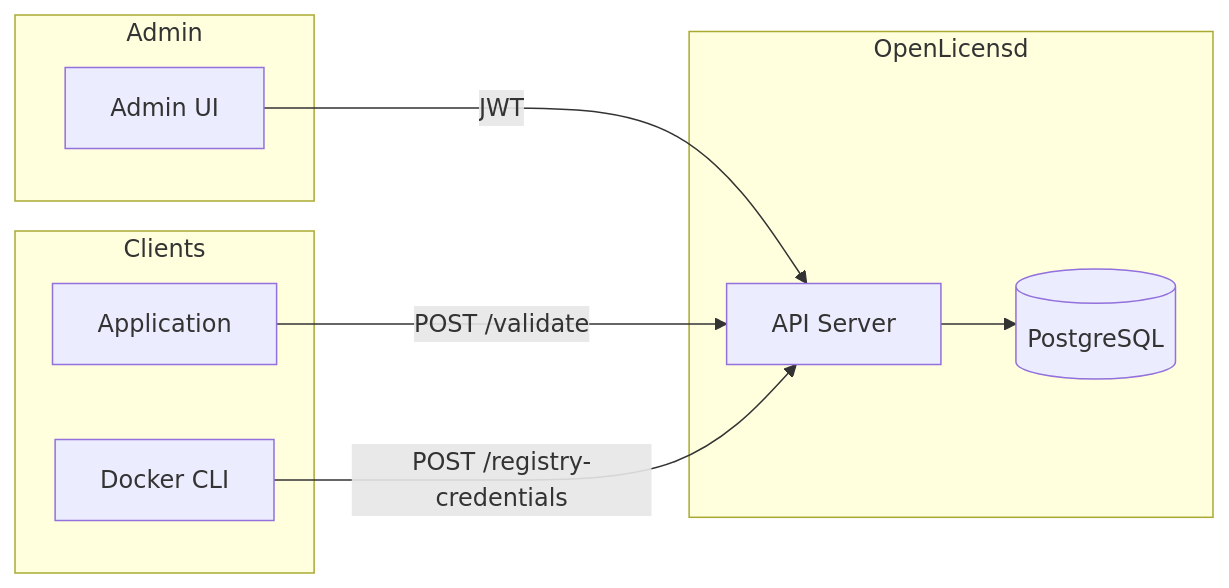
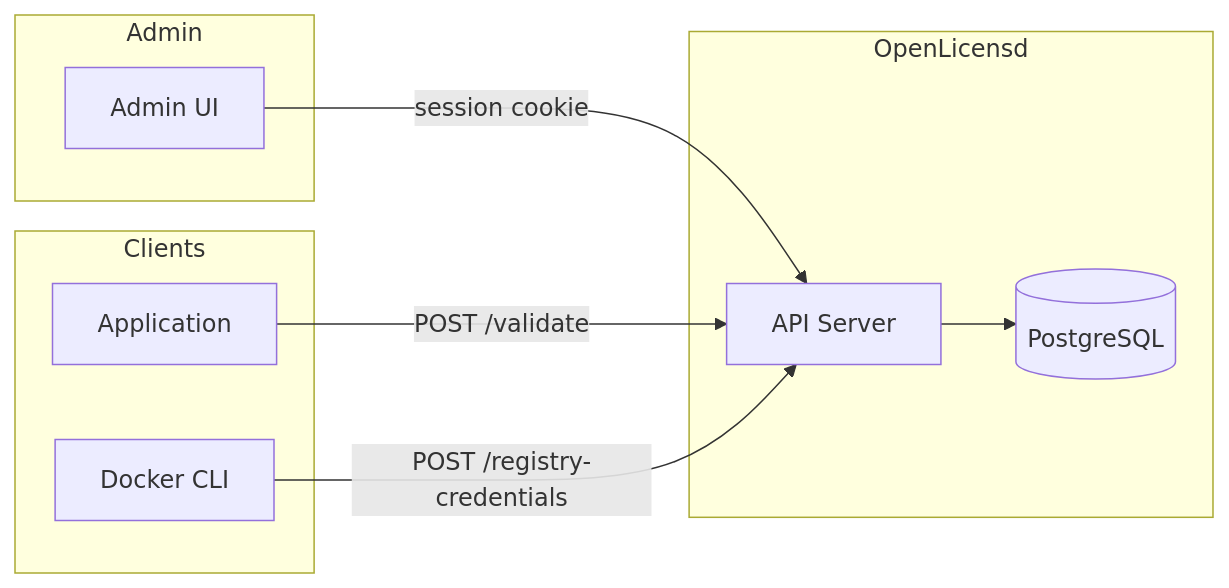
The diagram in README.md (alvarorg14/openlicensd), drawn with Mermaid before and after one commit. The commit also changed other lines of this file and 50 other files, not shown here.

````diff
--- a/README.md
+++ b/README.md
@@ -155,21 +158,21 @@
 ```mermaid
 flowchart LR
   subgraph admin [Admin]
     ui[Admin UI]
   end
 
   subgraph openlicensd [OpenLicensd]
     api[API Server]
     store[(PostgreSQL)]
   end
 
   subgraph clients [Clients]
     app[Application]
     docker[Docker CLI]
   end
 
-  ui -->|JWT| api
+  ui -->|session cookie| api
   app -->|POST /validate| api
   docker -->|POST /registry-credentials| api
   api --> store
 ```
````
